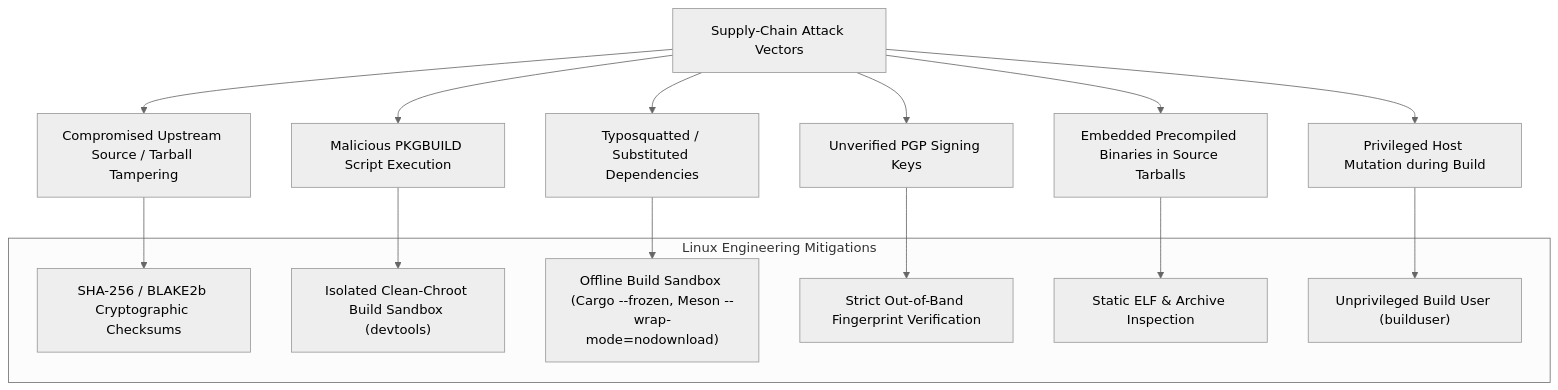
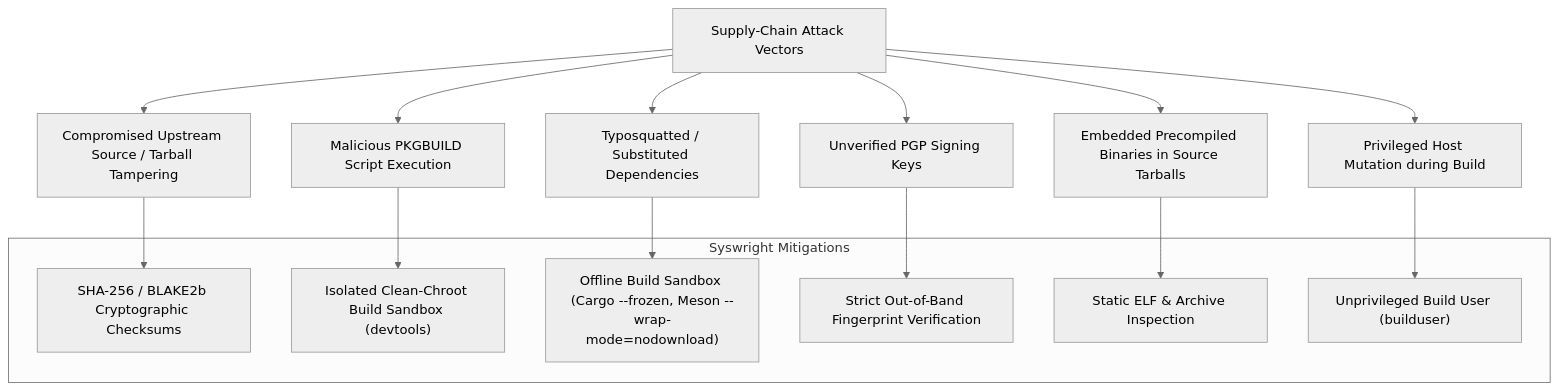
The diagram in skills/arch-packaging/references/security-and-integrity.md (eshanized/SysWright), drawn with Mermaid (neutral theme) before and after one commit. The commit also changed 88 other files, not shown here.

First line of the commit message:
refactor: project branding from "Linux Engineering" to "Syswright"

````diff
--- a/skills/arch-packaging/references/security-and-integrity.md
+++ b/skills/arch-packaging/references/security-and-integrity.md
@@ -13,26 +13,26 @@
 ```mermaid
 flowchart TD
     ATTACK["Supply-Chain Attack Vectors"]
     ATTACK --> V1["Compromised Upstream Source / Tarball Tampering"]
     ATTACK --> V2["Malicious PKGBUILD Script Execution"]
     ATTACK --> V3["Typosquatted / Substituted Dependencies"]
     ATTACK --> V4["Unverified PGP Signing Keys"]
     ATTACK --> V5["Embedded Precompiled Binaries in Source Tarballs"]
     ATTACK --> V6["Privileged Host Mutation during Build"]
 
-    subgraph Defense["Linux Engineering Mitigations"]
+    subgraph Defense["Syswright Mitigations"]
         D1["SHA-256 / BLAKE2b Cryptographic Checksums"]
         D2["Isolated Clean-Chroot Build Sandbox (devtools)"]
         D3["Offline Build Sandbox (Cargo --frozen, Meson --wrap-mode=nodownload)"]
         D4["Strict Out-of-Band Fingerprint Verification"]
         D5["Static ELF & Archive Inspection"]
         D6["Unprivileged Build User (builduser)"]
     end
 
     V1 --> D1
     V2 --> D2
     V3 --> D3
     V4 --> D4
     V5 --> D5
     V6 --> D6
 ```
````
